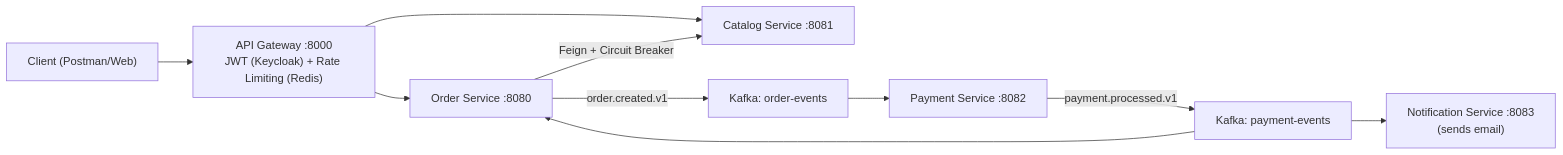
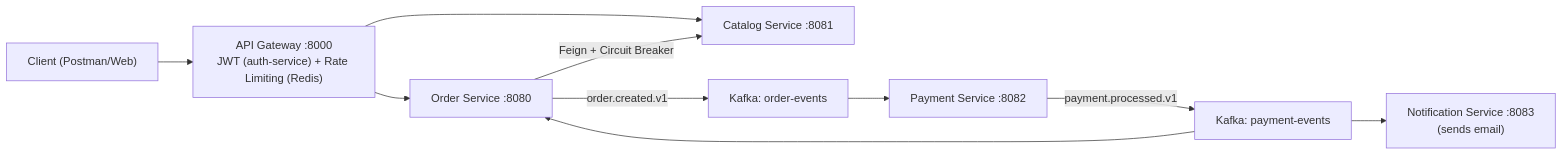
Before and after one commit to Adriano-silva131/order-hub: the diagram in README.en.md, drawn with Mermaid. The commit also changed other lines of this file and 75 other files, not shown here.

````diff
--- a/README.en.md
+++ b/README.en.md
@@ -18,12 +18,12 @@
 ```mermaid
 flowchart LR
-    Client["Client (Postman/Web)"] --> Gateway["API Gateway :8000\nJWT (Keycloak) + Rate Limiting (Redis)"]
+    Client["Client (Postman/Web)"] --> Gateway["API Gateway :8000\nJWT (auth-service) + Rate Limiting (Redis)"]
     Gateway --> Order["Order Service :8080"]
     Gateway --> Catalog["Catalog Service :8081"]
     Order -- "Feign + Circuit Breaker" --> Catalog
     Order -- "order.created.v1" --> K1["Kafka: order-events"]
     K1 --> Payment["Payment Service :8082"]
     Payment -- "payment.processed.v1" --> K2["Kafka: payment-events"]
     K2 --> Order
     K2 --> Notification["Notification Service :8083\n(sends email)"]
 ```
````
